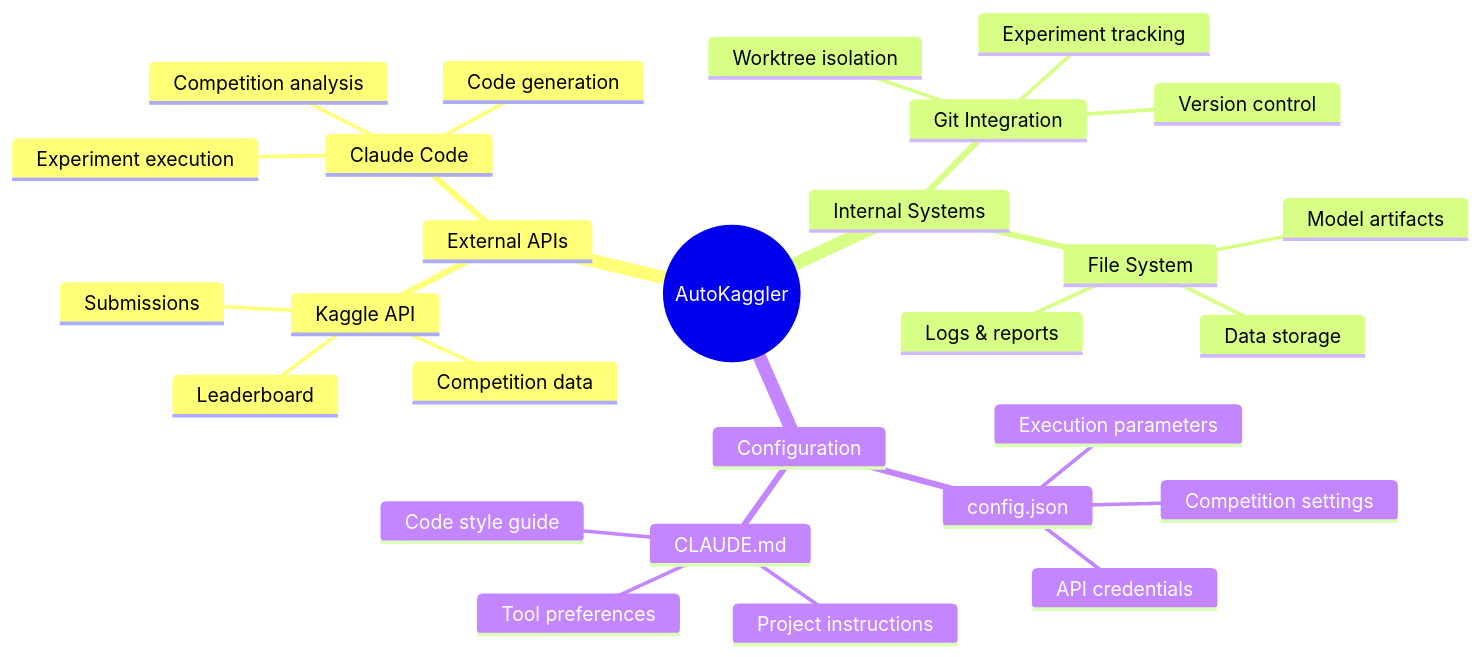
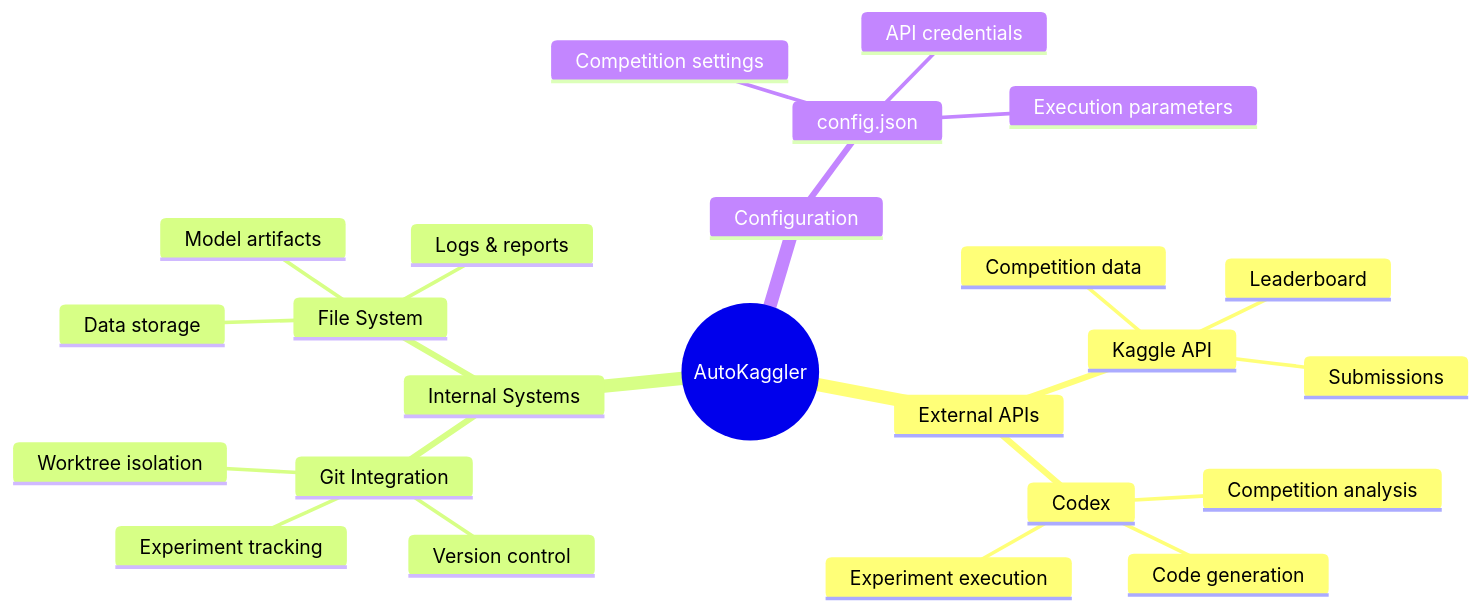
One commit to harutasti/kaggle_automation changed the fourth of 5 diagrams in docs/architecture/QUICK_FLOW_OVERVIEW.md. Above: the diagram before and after it, drawn with Mermaid. The commit also changed other lines of this file and 27 other files, not shown here.

Commit message:
chore: switch to WAA naming and drop Claude Code

````diff
--- a/docs/architecture/QUICK_FLOW_OVERVIEW.md
+++ b/docs/architecture/QUICK_FLOW_OVERVIEW.md
@@ -96,31 +96,27 @@
 ```mermaid
 mindmap
   root((AutoKaggler))
     External APIs
       Kaggle API
         Competition data
         Leaderboard
         Submissions
-      Claude Code
+      Codex
         Competition analysis
         Code generation
         Experiment execution
     Internal Systems
       Git Integration
         Worktree isolation
         Version control
         Experiment tracking
       File System
         Data storage
         Model artifacts
         Logs & reports
     Configuration
       config.json
         Competition settings
         API credentials
         Execution parameters
-      CLAUDE.md
-        Project instructions
-        Code style guide
-        Tool preferences
 ```
````
